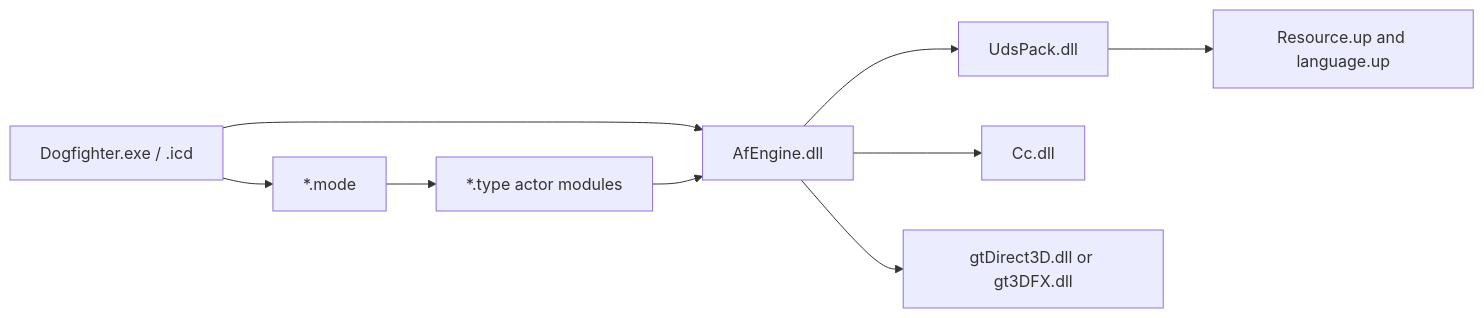
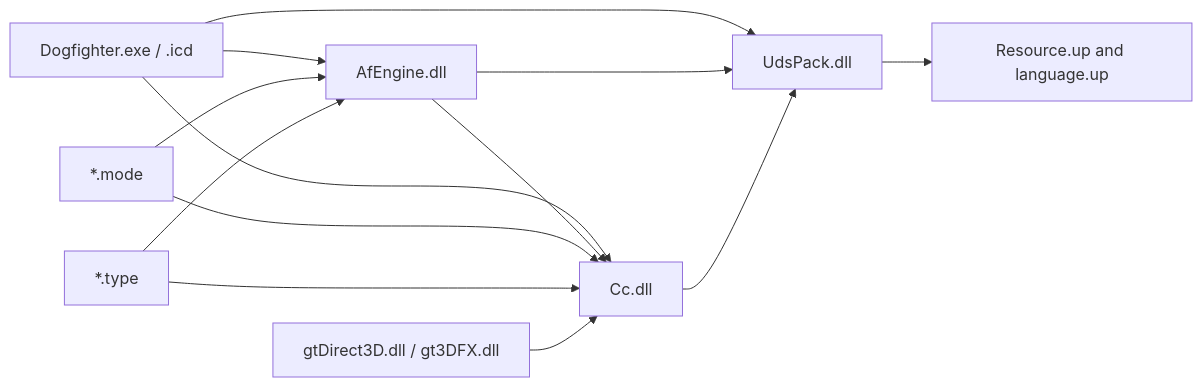
One commit to tryk016/airfix-dogfighter changed the first of 2 diagrams in docs/re/MODULE-MAP.md. Above: the diagram before and after it, drawn with Mermaid. The commit also changed other lines of this file and 16 other files, not shown here.

````diff
--- a/docs/re/MODULE-MAP.md
+++ b/docs/re/MODULE-MAP.md
@@ -8,11 +9,15 @@
 ```mermaid
 flowchart LR
     EXE["Dogfighter.exe / .icd"] --> ENGINE["AfEngine.dll"]
-    EXE --> MODES["*.mode"]
-    ENGINE --> PACK["UdsPack.dll"]
-    ENGINE --> CC["Cc.dll"]
-    ENGINE --> GFX["gtDirect3D.dll or gt3DFX.dll"]
-    MODES --> TYPES["*.type actor modules"]
-    TYPES --> ENGINE
+    EXE --> CC["Cc.dll"]
+    EXE --> PACK["UdsPack.dll"]
+    ENGINE --> CC
+    ENGINE --> PACK
+    CC --> PACK
+    MODES["*.mode"] --> ENGINE
+    MODES --> CC
+    TYPES["*.type"] --> ENGINE
+    TYPES --> CC
+    GFX["gtDirect3D.dll / gt3DFX.dll"] --> CC
     PACK --> UP["Resource.up and language.up"]
 ```
````
